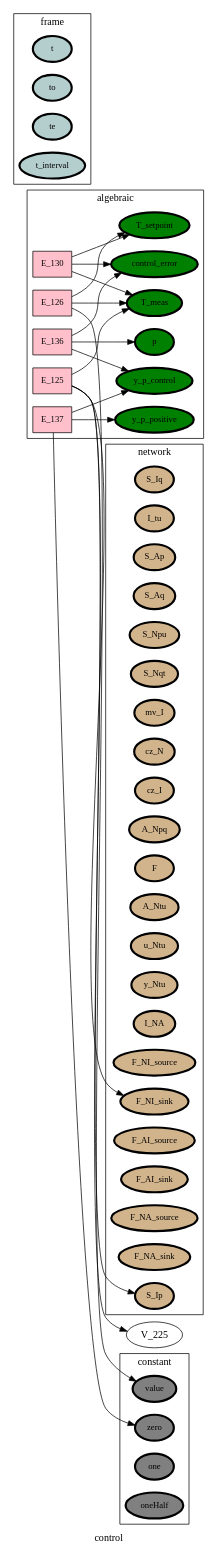
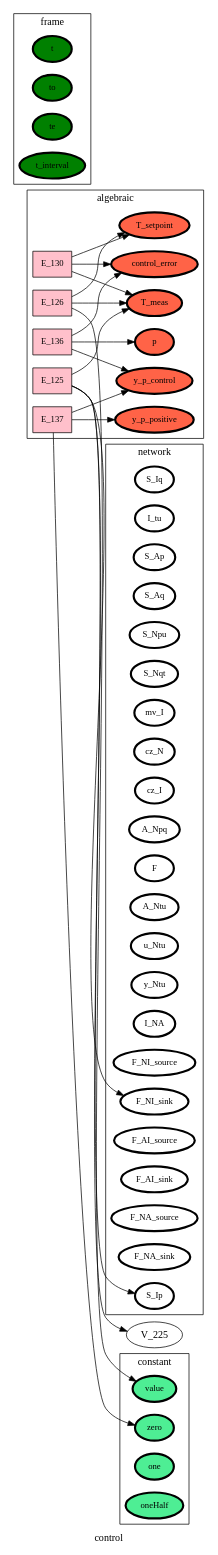
Before and after one commit to heinz-preisig/processes_HAP_structure_testing: the diagram in ontology_graphs/graph__control.dot, drawn with Graphviz. The commit also changed 814 other files, not shown here.

```diff
--- a/ontology_graphs/graph__control.dot
+++ b/ontology_graphs/graph__control.dot
@@ -1,106 +1,106 @@
 digraph control {
 label=control;
 rankdir=LR;
 subgraph cluster_control___dataFlow {
 label=dataFlow;
 rankdir=LR;
 }
 
 subgraph cluster_control___input {
 label=input;
 rankdir=LR;
 }
 
 subgraph cluster_control___output {
 label=output;
 rankdir=LR;
 }
 
 subgraph cluster_control___network {
 label=network;
 rankdir=LR;
-V_10 [fillcolor=tan, fontsize=12, label=S_Iq, penwidth=3, style=filled];
-V_11 [fillcolor=tan, fontsize=12, label=I_tu, penwidth=3, style=filled];
-V_12 [fillcolor=tan, fontsize=12, label=S_Ap, penwidth=3, style=filled];
-V_13 [fillcolor=tan, fontsize=12, label=S_Aq, penwidth=3, style=filled];
-V_14 [fillcolor=tan, fontsize=12, label=S_Npu, penwidth=3, style=filled];
-V_15 [fillcolor=tan, fontsize=12, label=S_Nqt, penwidth=3, style=filled];
-V_16 [fillcolor=tan, fontsize=12, label=mv_I, penwidth=3, style=filled];
-V_17 [fillcolor=tan, fontsize=12, label=cz_N, penwidth=3, style=filled];
-V_18 [fillcolor=tan, fontsize=12, label=cz_I, penwidth=3, style=filled];
-V_19 [fillcolor=tan, fontsize=12, label=A_Npq, penwidth=3, style=filled];
-V_2 [fillcolor=tan, fontsize=12, label=F, penwidth=3, style=filled];
-V_20 [fillcolor=tan, fontsize=12, label=A_Ntu, penwidth=3, style=filled];
-V_21 [fillcolor=tan, fontsize=12, label=u_Ntu, penwidth=3, style=filled];
-V_22 [fillcolor=tan, fontsize=12, label=y_Ntu, penwidth=3, style=filled];
-V_27 [fillcolor=tan, fontsize=12, label=I_NA, penwidth=3, style=filled];
-V_3 [fillcolor=tan, fontsize=12, label=F_NI_source, penwidth=3, style=filled];
-V_4 [fillcolor=tan, fontsize=12, label=F_NI_sink, penwidth=3, style=filled];
-V_5 [fillcolor=tan, fontsize=12, label=F_AI_source, penwidth=3, style=filled];
-V_6 [fillcolor=tan, fontsize=12, label=F_AI_sink, penwidth=3, style=filled];
-V_7 [fillcolor=tan, fontsize=12, label=F_NA_source, penwidth=3, style=filled];
-V_8 [fillcolor=tan, fontsize=12, label=F_NA_sink, penwidth=3, style=filled];
-V_9 [fillcolor=tan, fontsize=12, label=S_Ip, penwidth=3, style=filled];
+V_10 [fillcolor=white, fontsize=12, label=S_Iq, penwidth=3, style=filled];
+V_11 [fillcolor=white, fontsize=12, label=I_tu, penwidth=3, style=filled];
+V_12 [fillcolor=white, fontsize=12, label=S_Ap, penwidth=3, style=filled];
+V_13 [fillcolor=white, fontsize=12, label=S_Aq, penwidth=3, style=filled];
+V_14 [fillcolor=white, fontsize=12, label=S_Npu, penwidth=3, style=filled];
+V_15 [fillcolor=white, fontsize=12, label=S_Nqt, penwidth=3, style=filled];
+V_16 [fillcolor=white, fontsize=12, label=mv_I, penwidth=3, style=filled];
+V_17 [fillcolor=white, fontsize=12, label=cz_N, penwidth=3, style=filled];
+V_18 [fillcolor=white, fontsize=12, label=cz_I, penwidth=3, style=filled];
+V_19 [fillcolor=white, fontsize=12, label=A_Npq, penwidth=3, style=filled];
+V_2 [fillcolor=white, fontsize=12, label=F, penwidth=3, style=filled];
+V_20 [fillcolor=white, fontsize=12, label=A_Ntu, penwidth=3, style=filled];
+V_21 [fillcolor=white, fontsize=12, label=u_Ntu, penwidth=3, style=filled];
+V_22 [fillcolor=white, fontsize=12, label=y_Ntu, penwidth=3, style=filled];
+V_27 [fillcolor=white, fontsize=12, label=I_NA, penwidth=3, style=filled];
+V_3 [fillcolor=white, fontsize=12, label=F_NI_source, penwidth=3, style=filled];
+V_4 [fillcolor=white, fontsize=12, label=F_NI_sink, penwidth=3, style=filled];
+V_5 [fillcolor=white, fontsize=12, label=F_AI_source, penwidth=3, style=filled];
+V_6 [fillcolor=white, fontsize=12, label=F_AI_sink, penwidth=3, style=filled];
+V_7 [fillcolor=white, fontsize=12, label=F_NA_source, penwidth=3, style=filled];
+V_8 [fillcolor=white, fontsize=12, label=F_NA_sink, penwidth=3, style=filled];
+V_9 [fillcolor=white, fontsize=12, label=S_Ip, penwidth=3, style=filled];
 }
 
 subgraph cluster_control___frame {
 label=frame;
 rankdir=LR;
-V_1 [fillcolor=lightcyan3, fontsize=12, label=t, penwidth=3, style=filled];
-V_105 [fillcolor=lightcyan3, fontsize=12, label=to, penwidth=3, style=filled];
-V_106 [fillcolor=lightcyan3, fontsize=12, label=te, penwidth=3, style=filled];
-V_107 [fillcolor=lightcyan3, fontsize=12, label=t_interval, penwidth=3, style=filled];
+V_1 [fillcolor=green, fontsize=12, label=t, penwidth=3, style=filled];
+V_105 [fillcolor=green, fontsize=12, label=to, penwidth=3, style=filled];
+V_106 [fillcolor=green, fontsize=12, label=te, penwidth=3, style=filled];
+V_107 [fillcolor=green, fontsize=12, label=t_interval, penwidth=3, style=filled];
 }
 
 subgraph cluster_control___state {
 label=state;
 rankdir=LR;
 }
 
 subgraph cluster_control___constant {
 label=constant;
 rankdir=LR;
-V_101 [fillcolor=grey, fontsize=12, label=value, penwidth=3, style=filled];
-V_102 [fillcolor=grey, fontsize=12, label=zero, penwidth=3, style=filled];
-V_103 [fillcolor=grey, fontsize=12, label=one, penwidth=3, style=filled];
-V_104 [fillcolor=grey, fontsize=12, label=oneHalf, penwidth=3, style=filled];
+V_101 [fillcolor=seagreen2, fontsize=12, label=value, penwidth=3, style=filled];
+V_102 [fillcolor=seagreen2, fontsize=12, label=zero, penwidth=3, style=filled];
+V_103 [fillcolor=seagreen2, fontsize=12, label=one, penwidth=3, style=filled];
+V_104 [fillcolor=seagreen2, fontsize=12, label=oneHalf, penwidth=3, style=filled];
 }
 
 subgraph cluster_control___diffState {
 label=diffState;
 rankdir=LR;
 }
 
 E_125 -> V_225  [splines=ortho];
 E_125 -> V_4  [splines=ortho];
 E_125 -> V_9  [splines=ortho];
 E_126 -> V_101  [splines=ortho];
 E_126 -> V_226  [splines=ortho];
 E_130 -> V_226  [splines=ortho];
 E_130 -> V_227  [splines=ortho];
 E_136 -> V_231  [splines=ortho];
 E_136 -> V_237  [splines=ortho];
 E_137 -> V_102  [splines=ortho];
 E_137 -> V_238  [splines=ortho];
 subgraph cluster_control___algebraic {
 label=algebraic;
 rankdir=LR;
-V_226 [fillcolor=green, fontsize=12, label=T_meas, penwidth=3, style=filled];
-V_227 [fillcolor=green, fontsize=12, label=T_setpoint, penwidth=3, style=filled];
-V_231 [fillcolor=green, fontsize=12, label=control_error, penwidth=3, style=filled];
-V_237 [fillcolor=green, fontsize=12, label=p, penwidth=3, style=filled];
-V_238 [fillcolor=green, fontsize=12, label=y_p_control, penwidth=3, style=filled];
-V_239 [fillcolor=green, fontsize=12, label=y_p_positive, penwidth=3, style=filled];
+V_226 [fillcolor=tomato, fontsize=12, label=T_meas, penwidth=3, style=filled];
+V_227 [fillcolor=tomato, fontsize=12, label=T_setpoint, penwidth=3, style=filled];
+V_231 [fillcolor=tomato, fontsize=12, label=control_error, penwidth=3, style=filled];
+V_237 [fillcolor=tomato, fontsize=12, label=p, penwidth=3, style=filled];
+V_238 [fillcolor=tomato, fontsize=12, label=y_p_control, penwidth=3, style=filled];
+V_239 [fillcolor=tomato, fontsize=12, label=y_p_positive, penwidth=3, style=filled];
 E_125 [fillcolor=pink, fontsize=12, shape=box, style=filled];
 E_125 -> V_226  [splines=ortho];
 E_126 [fillcolor=pink, fontsize=12, shape=box, style=filled];
 E_126 -> V_227  [splines=ortho];
 E_130 [fillcolor=pink, fontsize=12, shape=box, style=filled];
 E_130 -> V_231  [splines=ortho];
 E_136 [fillcolor=pink, fontsize=12, shape=box, style=filled];
 E_136 -> V_238  [splines=ortho];
 E_137 [fillcolor=pink, fontsize=12, shape=box, style=filled];
 E_137 -> V_239  [splines=ortho];
 }
 
 }
```
